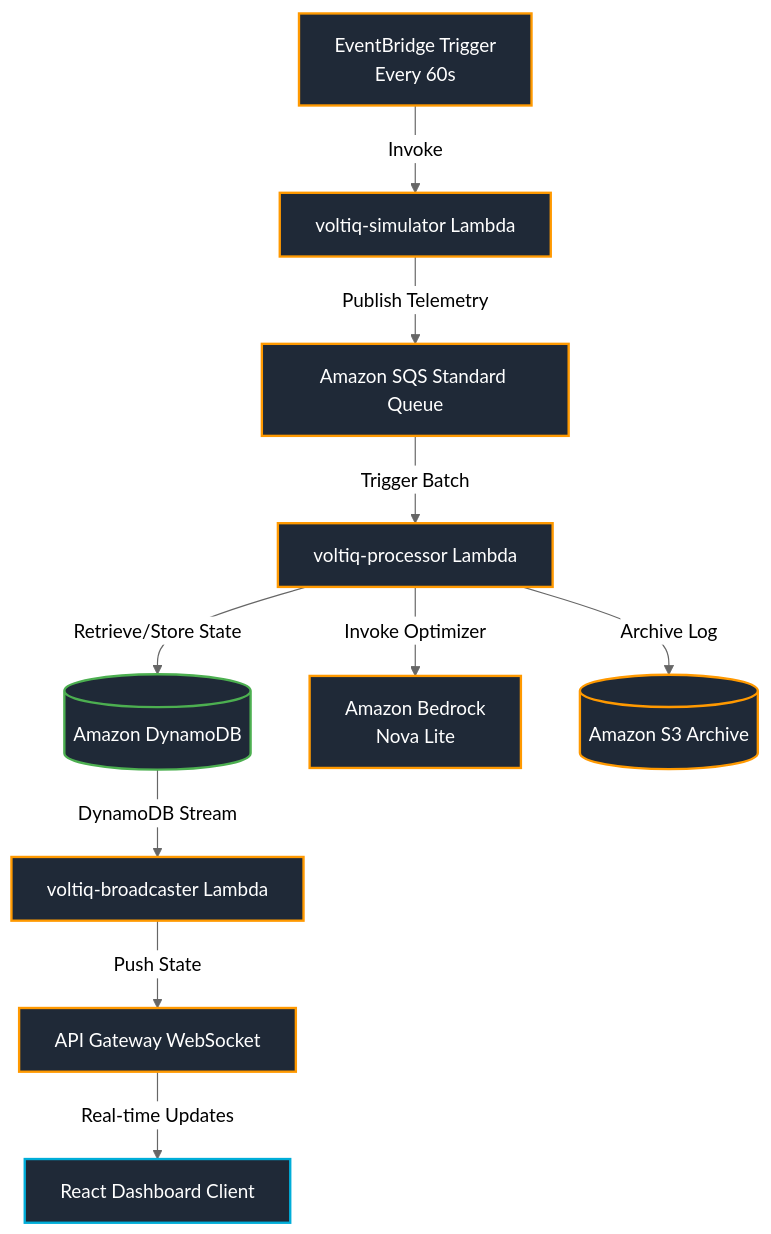
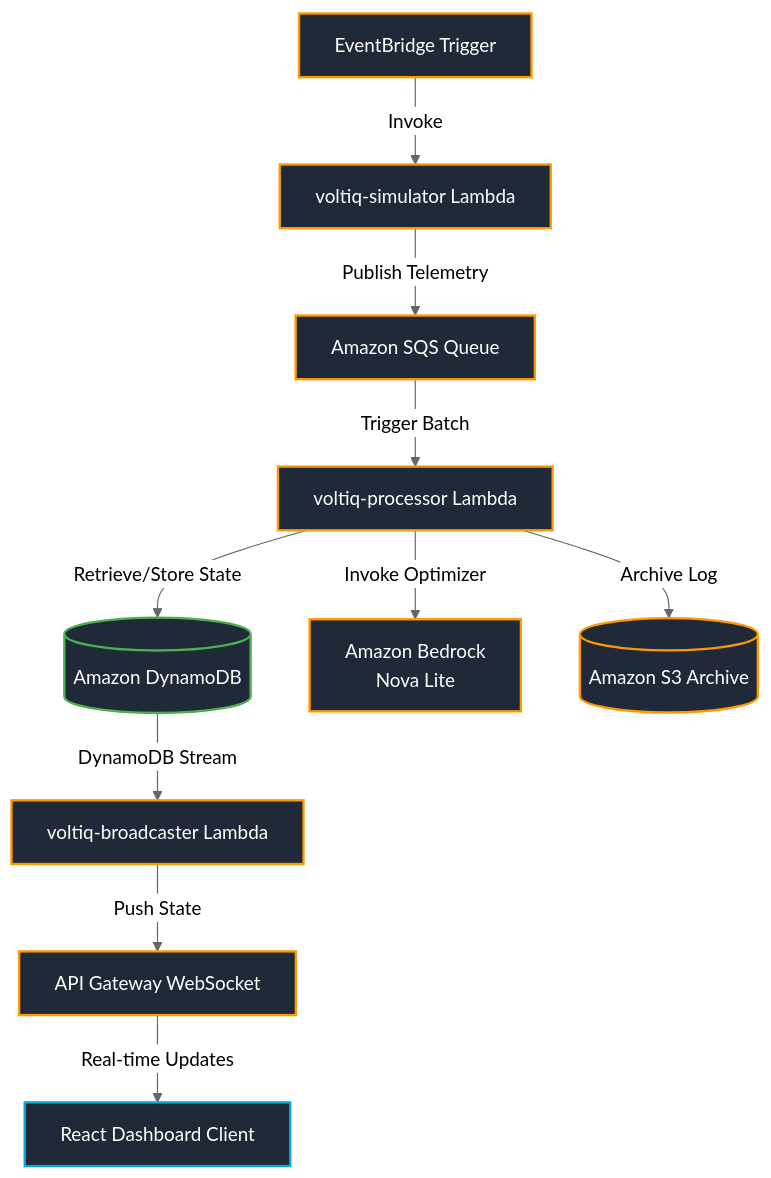
Before and after one commit to jezreal-dev/VoltIQ: the diagram in README.md, drawn with Mermaid (neutral theme). The commit also changed other lines of this file, not shown here.

````diff
--- a/README.md
+++ b/README.md
@@ -24,18 +17,18 @@
 ```mermaid
 graph TD
     classDef aws fill:#1F2937,stroke:#FF9900,stroke-width:2px,color:#fff;
     classDef client fill:#1F2937,stroke:#00ADD8,stroke-width:2px,color:#fff;
     classDef db fill:#1F2937,stroke:#4caf50,stroke-width:2px,color:#fff;
 
-    Scheduler[EventBridge Trigger<br>Every 60s]:::aws -->|Invoke| Simulator[voltiq-simulator Lambda]:::aws
-    Simulator -->|Publish Telemetry| SQS[Amazon SQS Standard Queue]:::aws
+    Scheduler[EventBridge Trigger]:::aws -->|Invoke| Simulator[voltiq-simulator Lambda]:::aws
+    Simulator -->|Publish Telemetry| SQS[Amazon SQS Queue]:::aws
     SQS -->|Trigger Batch| Processor[voltiq-processor Lambda]:::aws
     
     Processor -->|Retrieve/Store State| DynamoDB[(Amazon DynamoDB)]:::db
     Processor -->|Invoke Optimizer| Bedrock[Amazon Bedrock<br>Nova Lite]:::aws
     Processor -->|Archive Log| S3[(Amazon S3 Archive)]:::aws
     
     DynamoDB -->|DynamoDB Stream| Broadcaster[voltiq-broadcaster Lambda]:::aws
     Broadcaster -->|Push State| APIGateway[API Gateway WebSocket]:::aws
     APIGateway -->|Real-time Updates| ReactUI[React Dashboard Client]:::client
 ```
````
